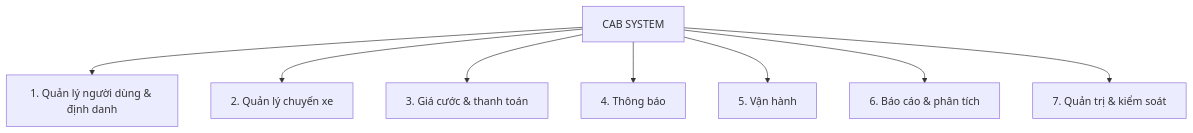
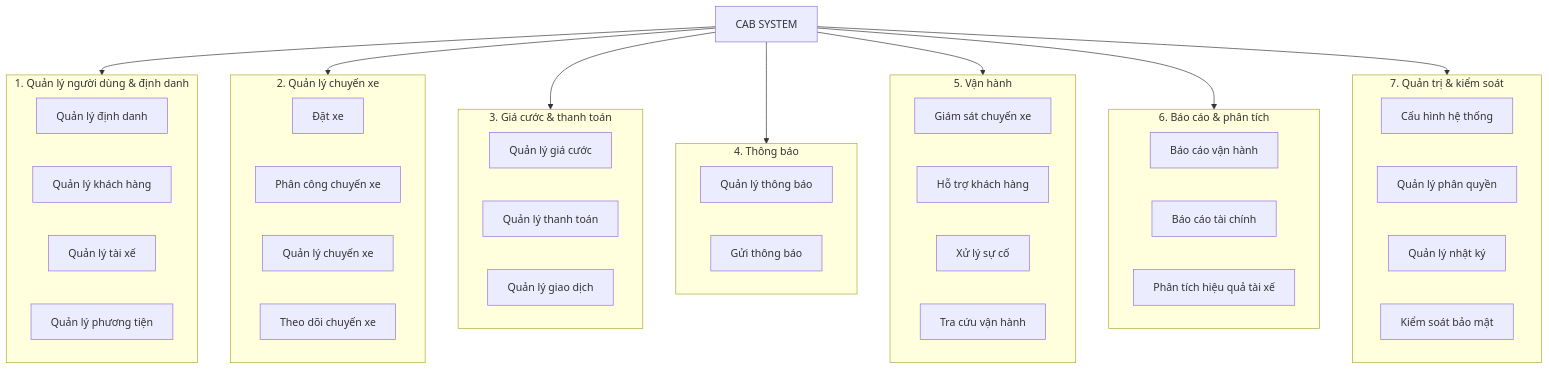
One commit to huulocngo05-glitch/23638491_NgoHuuLoc_cabsystem changed the diagram in CAB_Subdomain_README.md. Above: the diagram before and after it, drawn with Mermaid. The commit also changed other lines of this file, not shown here.

````diff
--- a/CAB_Subdomain_README.md
+++ b/CAB_Subdomain_README.md
@@ -16,12 +7,58 @@
 ```mermaid
 flowchart TB
+
     CAB["CAB SYSTEM"]
 
-    CAB --> D1["1. Quản lý người dùng & định danh"]
-    CAB --> D2["2. Quản lý chuyến xe"]
-    CAB --> D3["3. Giá cước & thanh toán"]
-    CAB --> D4["4. Thông báo"]
-    CAB --> D5["5. Vận hành"]
-    CAB --> D6["6. Báo cáo & phân tích"]
-    CAB --> D7["7. Quản trị & kiểm soát"]
+    CAB --> D1
+    CAB --> D2
+    CAB --> D3
+    CAB --> D4
+    CAB --> D5
+    CAB --> D6
+    CAB --> D7
+
+    subgraph D1["1. Quản lý người dùng & định danh"]
+        D11["Quản lý định danh"]
+        D12["Quản lý khách hàng"]
+        D13["Quản lý tài xế"]
+        D14["Quản lý phương tiện"]
+    end
+
+    subgraph D2["2. Quản lý chuyến xe"]
+        D21["Đặt xe"]
+        D22["Phân công chuyến xe"]
+        D23["Quản lý chuyến xe"]
+        D24["Theo dõi chuyến xe"]
+    end
+
+    subgraph D3["3. Giá cước & thanh toán"]
+        D31["Quản lý giá cước"]
+        D32["Quản lý thanh toán"]
+        D33["Quản lý giao dịch"]
+    end
+
+    subgraph D4["4. Thông báo"]
+        D41["Quản lý thông báo"]
+        D42["Gửi thông báo"]
+    end
+
+    subgraph D5["5. Vận hành"]
+        D51["Giám sát chuyến xe"]
+        D52["Hỗ trợ khách hàng"]
+        D53["Xử lý sự cố"]
+        D54["Tra cứu vận hành"]
+    end
+
+    subgraph D6["6. Báo cáo & phân tích"]
+        D61["Báo cáo vận hành"]
+        D62["Báo cáo tài chính"]
+        D63["Phân tích hiệu quả tài xế"]
+    end
+
+    subgraph D7["7. Quản trị & kiểm soát"]
+        D71["Cấu hình hệ thống"]
+        D72["Quản lý phân quyền"]
+        D73["Quản lý nhật ký"]
+        D74["Kiểm soát bảo mật"]
+    end
 ```
````
